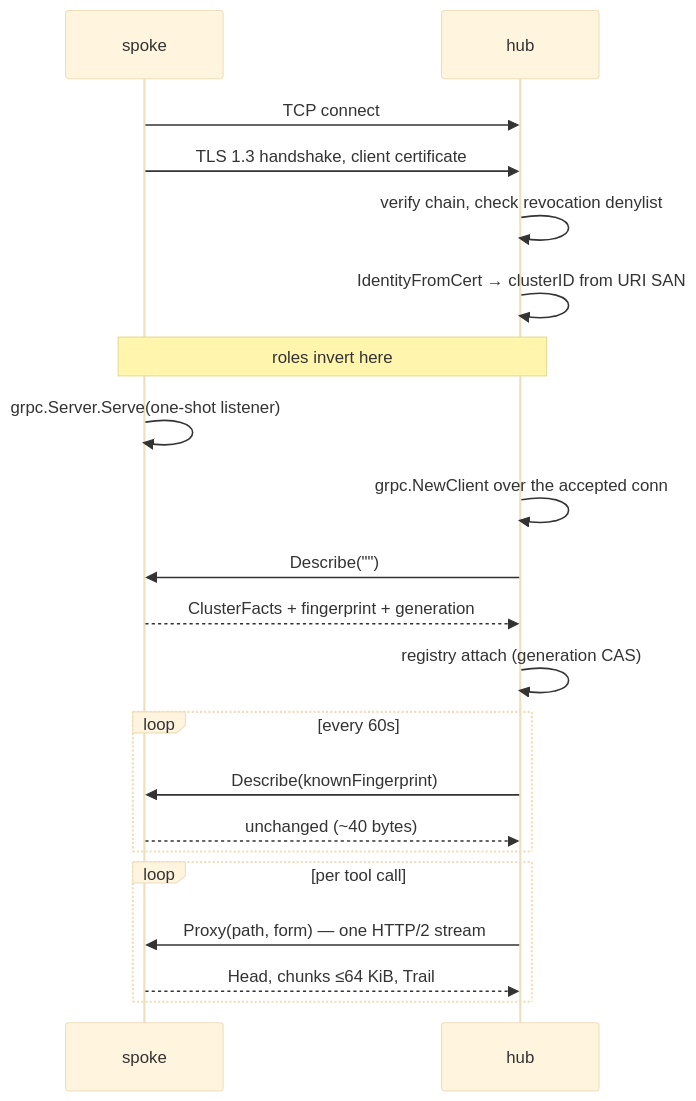
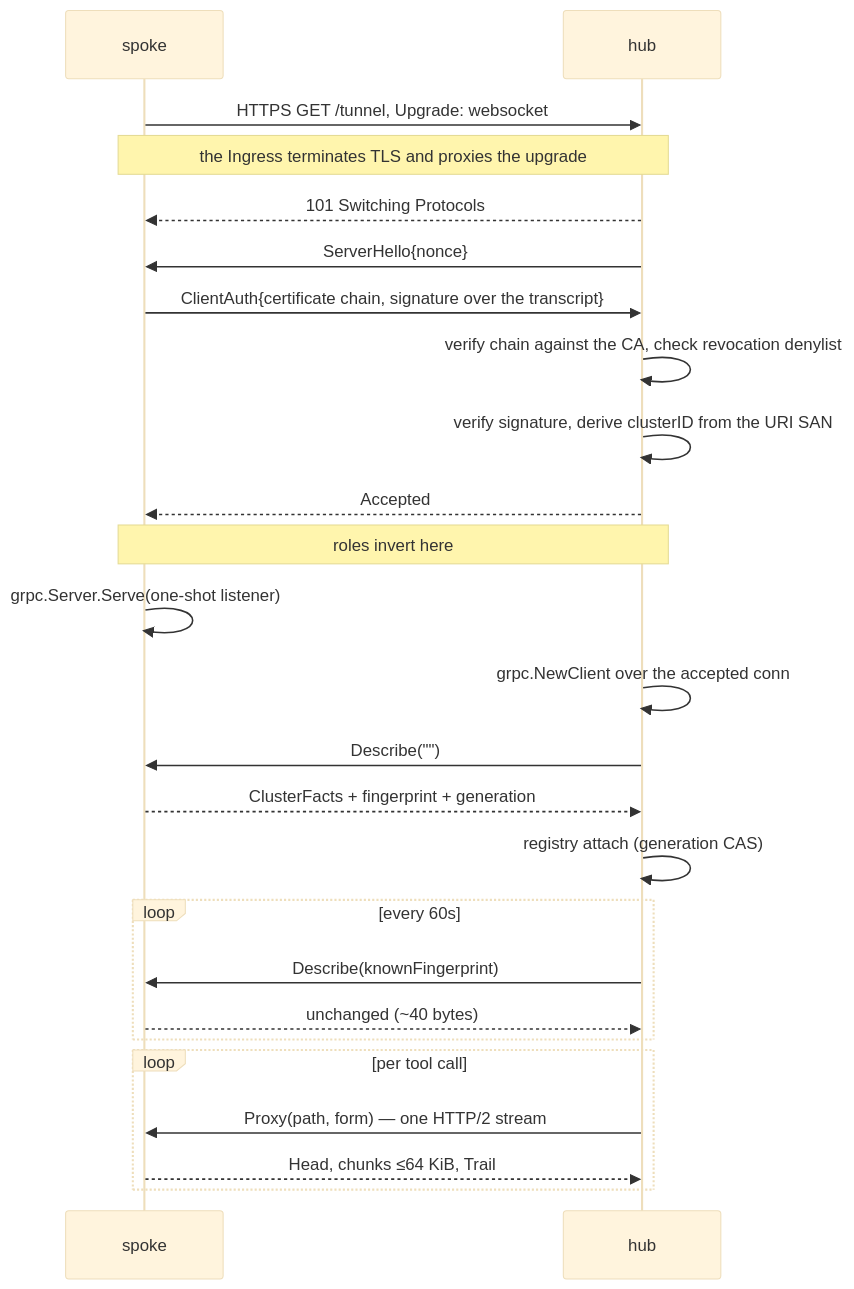
The second of 4 diagrams in docs/architecture.md (jacoknapp/prometheus-mcp-fleet), drawn with Mermaid (base theme) before and after one commit. The commit also changed other lines of this file and 91 other files, not shown here.

````diff
--- a/docs/architecture.md
+++ b/docs/architecture.md
@@ -117,24 +128,28 @@
 ```mermaid
 sequenceDiagram
     participant S as spoke
     participant H as hub
 
-    S->>H: TCP connect
-    S->>H: TLS 1.3 handshake, client certificate
-    H->>H: verify chain, check revocation denylist
-    H->>H: IdentityFromCert → clusterID from URI SAN
+    S->>H: HTTPS GET /tunnel, Upgrade: websocket
+    Note over S,H: the Ingress terminates TLS and proxies the upgrade
+    H-->>S: 101 Switching Protocols
+    H->>S: ServerHello{nonce}
+    S->>H: ClientAuth{certificate chain, signature over the transcript}
+    H->>H: verify chain against the CA, check revocation denylist
+    H->>H: verify signature, derive clusterID from the URI SAN
+    H-->>S: Accepted
     Note over S,H: roles invert here
     S->>S: grpc.Server.Serve(one-shot listener)
     H->>H: grpc.NewClient over the accepted conn
     H->>S: Describe("")
     S-->>H: ClusterFacts + fingerprint + generation
     H->>H: registry attach (generation CAS)
     loop every 60s
         H->>S: Describe(knownFingerprint)
         S-->>H: unchanged (~40 bytes)
     end
     loop per tool call
         H->>S: Proxy(path, form) — one HTTP/2 stream
         S-->>H: Head, chunks ≤64 KiB, Trail
     end
 ```
````
